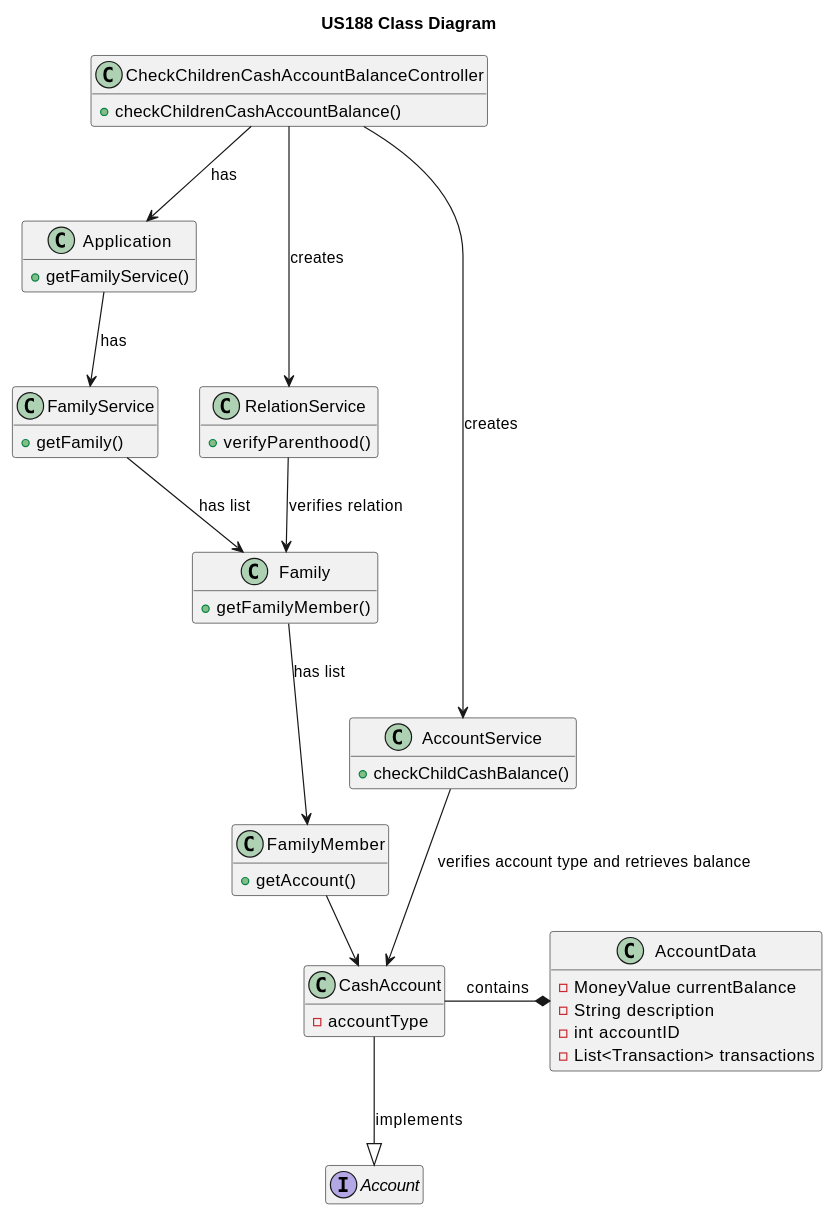
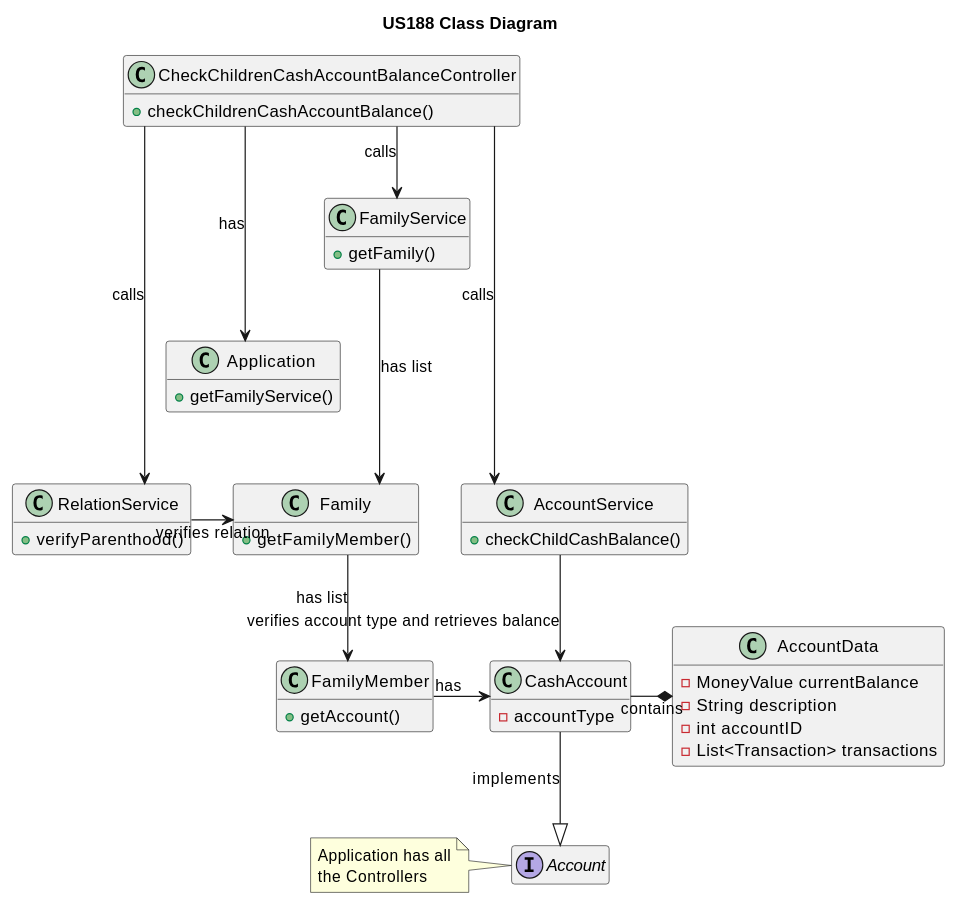
Before and after one commit to tomas-osswald/switch_2020_g3: the fifth of 5 diagrams in docs/sprint2/user_stories/US188_CheckChildrenCashAccountBalance.md, drawn with PlantUML. The commit also changed other lines of this file, not shown here.

Commit message:
Changes to SD and Class Diagram now with App having all Services

````diff
--- a/docs/sprint2/user_stories/US188_CheckChildrenCashAccountBalance.md
+++ b/docs/sprint2/user_stories/US188_CheckChildrenCashAccountBalance.md
@@ -276,65 +301,68 @@
 ```puml
 
 title US188 Class Diagram
 hide empty members
+skinparam linetype ortho
 
 class CheckChildrenCashAccountBalanceController {
 + checkChildrenCashAccountBalance()
 }
 
 class Application {
 + getFamilyService()
 }
 
 class CashAccount {
 - accountType
 }
 
 class AccountData {
 - MoneyValue currentBalance
 - String description
 - int accountID
 - List<Transaction> transactions
 }
 
 
 
 class RelationService {
 + verifyParenthood()
 }
 
 class AccountService {
 + checkChildCashBalance()
 }
 
 class FamilyService {
 + getFamily()
 }
 
 class Family {
 + getFamilyMember()
 }
 
 class FamilyMember {
 + getAccount()
 }
 
 interface Account {}
 
 
-CheckChildrenCashAccountBalanceController --> Application : has
+CheckChildrenCashAccountBalanceController ---> Application : has
+note left: Application has all\nthe Controllers
+CheckChildrenCashAccountBalanceController --> FamilyService : calls
+CheckChildrenCashAccountBalanceController ----> AccountService : calls
+CheckChildrenCashAccountBalanceController ----> RelationService : calls
 
-CheckChildrenCashAccountBalanceController -----> AccountService : creates
-Application --> FamilyService : has
 FamilyService --> Family : has list
 Family --> FamilyMember : has list
+
 FamilyMember -> CashAccount : has
 CashAccount --|> Account : implements
 CashAccount -* AccountData : contains
-CheckChildrenCashAccountBalanceController ---> RelationService : creates
-RelationService --> Family : verifies relation
+RelationService -> Family : verifies relation
 
 AccountService --> CashAccount : verifies account type and retrieves balance
 
 
 ```
````
